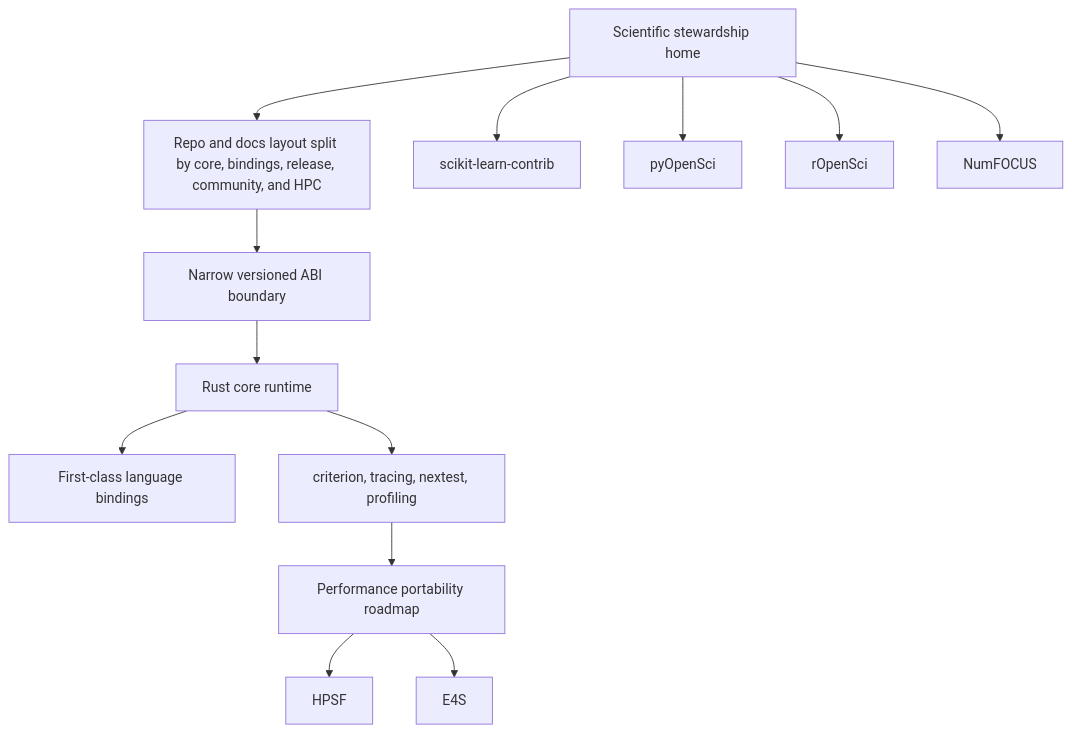
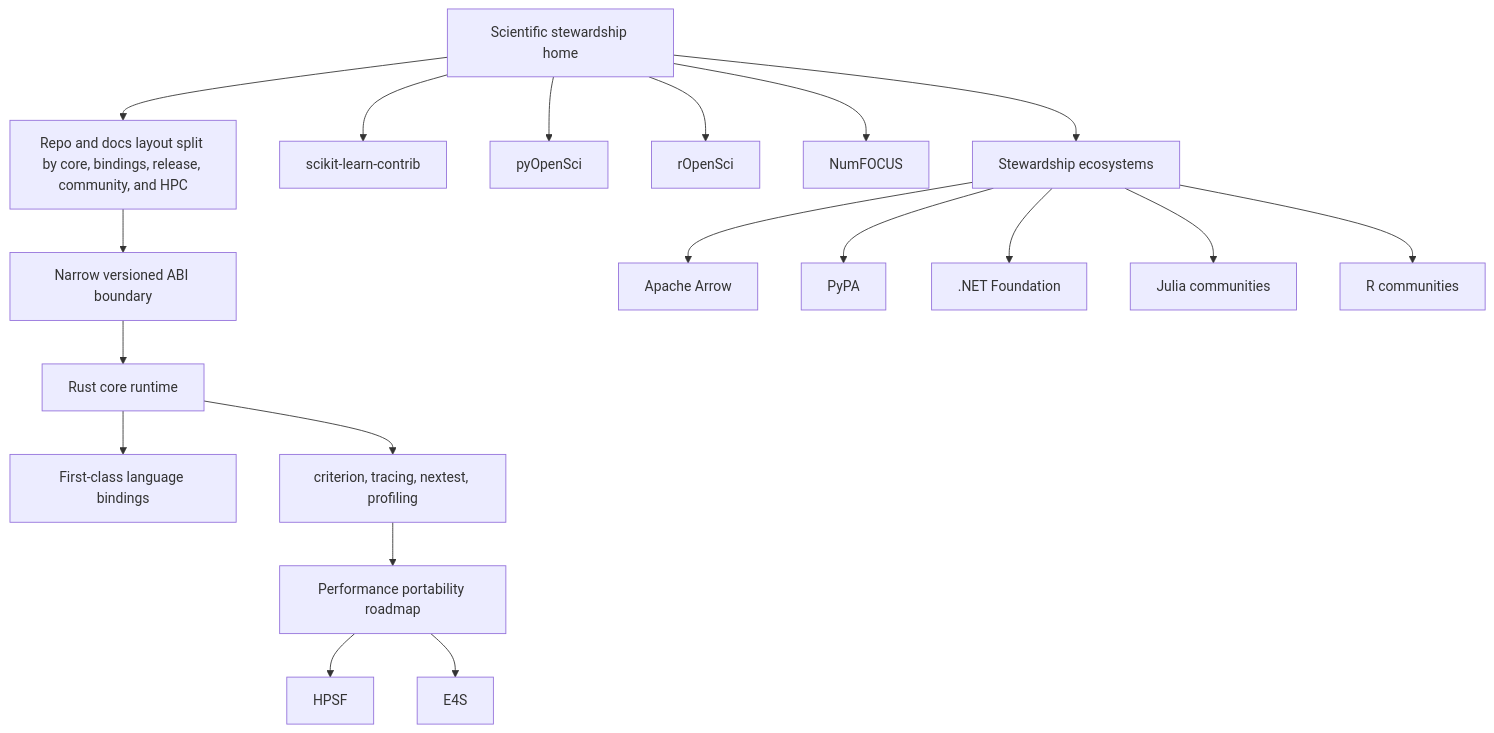
The second of 2 diagrams in docs/scientific_stewardship_and_hpc_roadmap.md (edithatogo/mars), drawn with Mermaid before and after one commit. The commit also changed other lines of this file and 12 other files, not shown here.

````diff
--- a/docs/scientific_stewardship_and_hpc_roadmap.md
+++ b/docs/scientific_stewardship_and_hpc_roadmap.md
@@ -28,15 +34,21 @@
 ```mermaid
 graph TD
     CommunityHome[Scientific stewardship home] --> RepoDocs[Repo and docs layout split by core, bindings, release, community, and HPC]
     RepoDocs --> StableABI[Narrow versioned ABI boundary]
     StableABI --> RustCore[Rust core runtime]
     RustCore --> Bindings[First-class language bindings]
     RustCore --> Observability[criterion, tracing, nextest, profiling]
     Observability --> HPC[Performance portability roadmap]
     HPC --> HPSF[HPSF]
     HPC --> E4S[E4S]
     CommunityHome --> SKC[scikit-learn-contrib]
     CommunityHome --> PyOS[pyOpenSci]
     CommunityHome --> RO[rOpenSci]
     CommunityHome --> NF[NumFOCUS]
+    CommunityHome --> SE[Stewardship ecosystems]
+    SE --> Arrow[Apache Arrow]
+    SE --> PyPA[PyPA]
+    SE --> DotNet[.NET Foundation]
+    SE --> Julia[Julia communities]
+    SE --> Rcomm[R communities]
 ```
````
